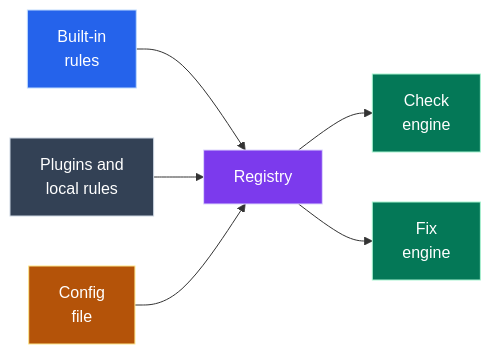
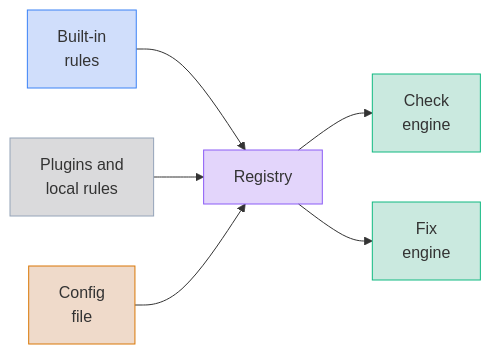
Diagram 18 of 19 in docs/DATA_MODEL.md (jpeakai/jpai-prose-gates), drawn with Mermaid before and after one commit. The commit also changed other lines of this file and 1 other file, not shown here.

First line of the commit message:
docs: recalibrate the Mermaid diagrams for Material with translucent fills

````diff
--- a/docs/DATA_MODEL.md
+++ b/docs/DATA_MODEL.md
@@ -610,14 +610,14 @@
 ```mermaid
 flowchart LR
     BI["Built-in<br/>rules"]:::core --> REG["Registry"]:::build
     PL["Plugins and<br/>local rules"]:::ext --> REG
     CFG["Config<br/>file"]:::source --> REG
     REG --> CHK["Check<br/>engine"]:::gate
     REG --> FIX["Fix<br/>engine"]:::gate
 
-    classDef core   fill:#2563eb,stroke:#bfdbfe,color:#ffffff
-    classDef build  fill:#7c3aed,stroke:#ddd6fe,color:#ffffff
-    classDef ext    fill:#334155,stroke:#cbd5e1,color:#ffffff
-    classDef source fill:#b45309,stroke:#fde68a,color:#ffffff
-    classDef gate   fill:#047857,stroke:#a7f3d0,color:#ffffff
+    classDef core   fill:#2563eb36,stroke:#3b82f6
+    classDef build  fill:#7c3aed36,stroke:#8b5cf6
+    classDef ext    fill:#52525b36,stroke:#94a3b8
+    classDef source fill:#b4530936,stroke:#d97706
+    classDef gate   fill:#05966936,stroke:#10b981
 ```
````
